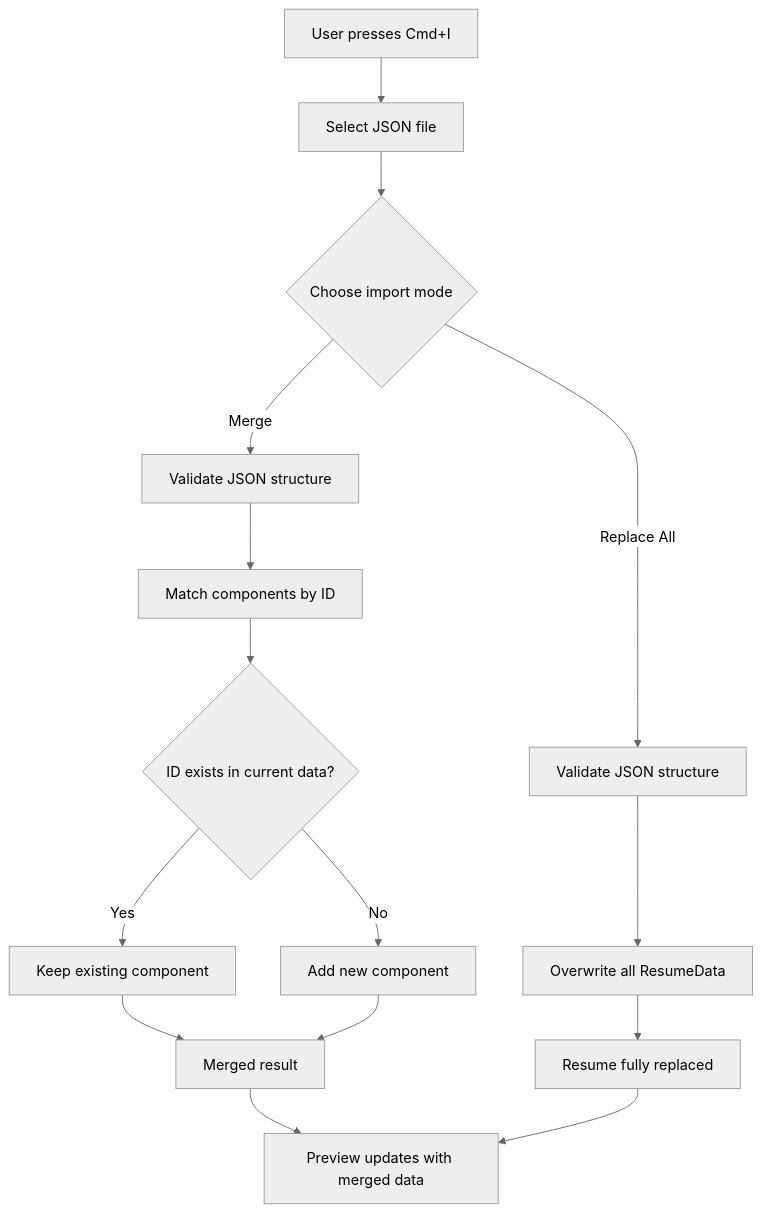
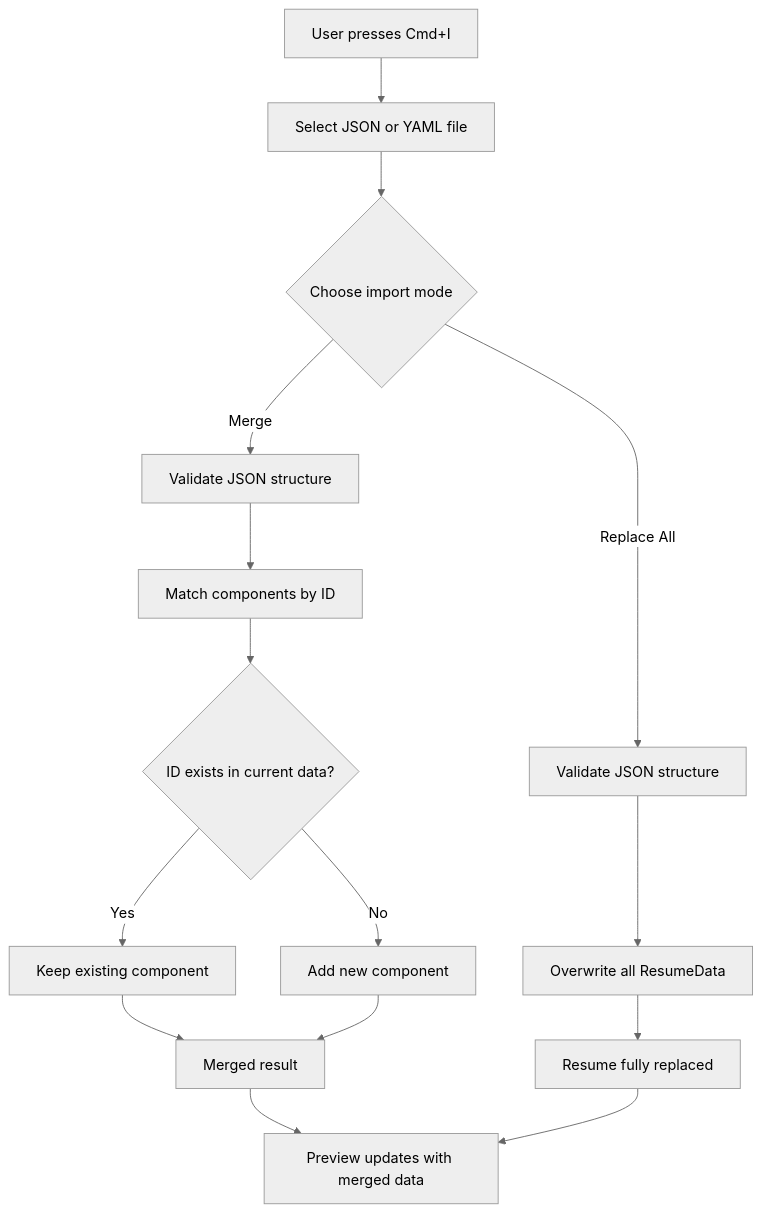
The diagram in docs/user-guides/preview-and-export.md (atlas-crew/Facet), drawn with Mermaid (neutral theme) before and after one commit. The commit also changed other lines of this file and 13 other files, not shown here.

Commit message:
docs(help): refresh current workspace flows

````diff
--- a/docs/user-guides/preview-and-export.md
+++ b/docs/user-guides/preview-and-export.md
@@ -146,17 +154,17 @@
 ```mermaid
 flowchart TD
-    A[User presses Cmd+I] --> B[Select JSON file]
+    A[User presses Cmd+I] --> B[Select JSON or YAML file]
     B --> C{Choose import mode}
     C -->|Replace All| D[Validate JSON structure]
     C -->|Merge| E[Validate JSON structure]
     D --> F[Overwrite all ResumeData]
     E --> G[Match components by ID]
     G --> H{ID exists in current data?}
     H -->|Yes| I[Keep existing component]
     H -->|No| J[Add new component]
     I --> K[Merged result]
     J --> K
     F --> L[Resume fully replaced]
     K --> M[Preview updates with merged data]
     L --> M
 ```
````
